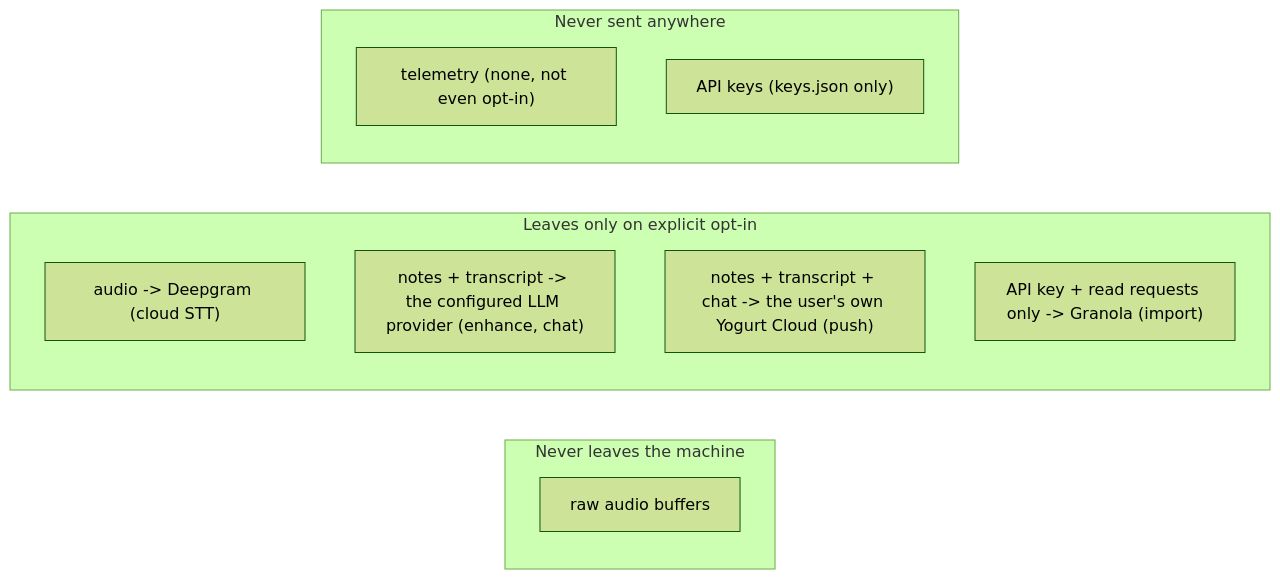
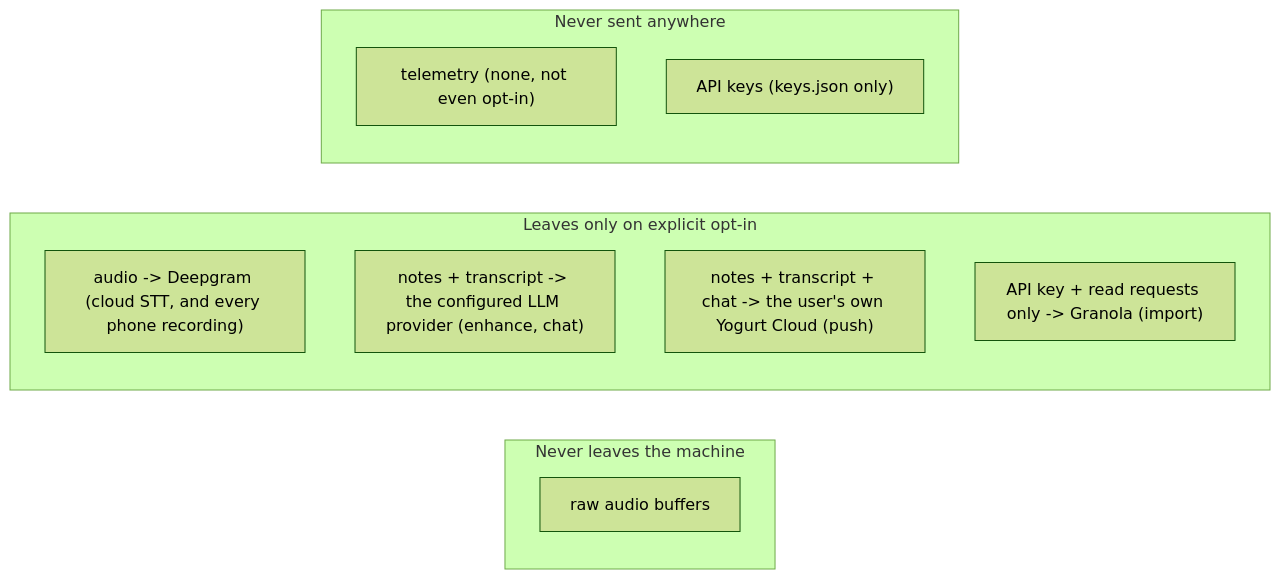
One commit to jarvisrchen/yogurt changed diagram 11 of 14 in docs/ARCHITECTURE.md. Above: the diagram before and after it, drawn with Mermaid (forest theme). The commit also changed other lines of this file and 182 other files, not shown here.

````diff
--- a/docs/ARCHITECTURE.md
+++ b/docs/ARCHITECTURE.md
@@ -655,16 +656,16 @@
 ```mermaid
 graph LR
     subgraph Local["Never leaves the machine"]
         AUDIOB["raw audio buffers"]
     end
     subgraph Opt["Leaves only on explicit opt-in"]
-        AU["audio -> Deepgram (cloud STT)"]
+        AU["audio -> Deepgram (cloud STT, and every phone recording)"]
         TR["notes + transcript -> the configured LLM provider (enhance, chat)"]
         CL["notes + transcript + chat -> the user's own Yogurt Cloud (push)"]
         GRN["API key + read requests only -> Granola (import)"]
     end
     subgraph Never["Never sent anywhere"]
         TEL["telemetry (none, not even opt-in)"]
         KEYS["API keys (keys.json only)"]
     end
 ```
````
